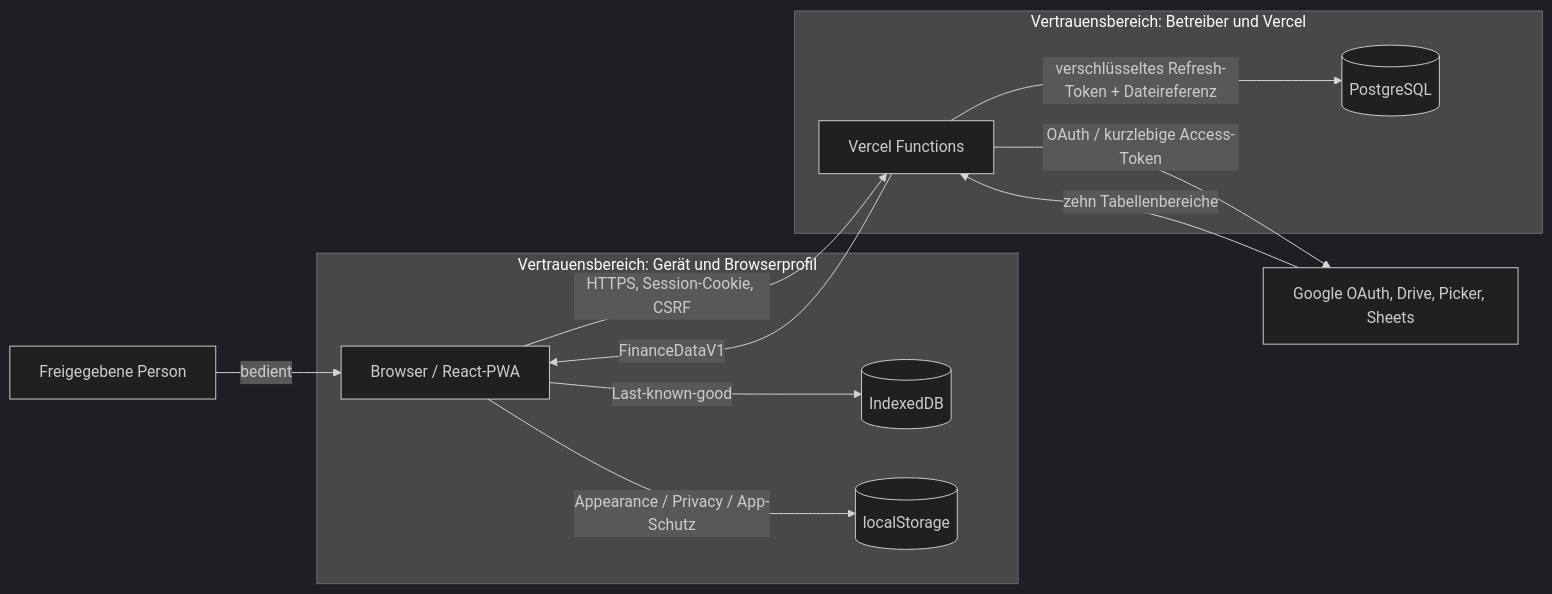
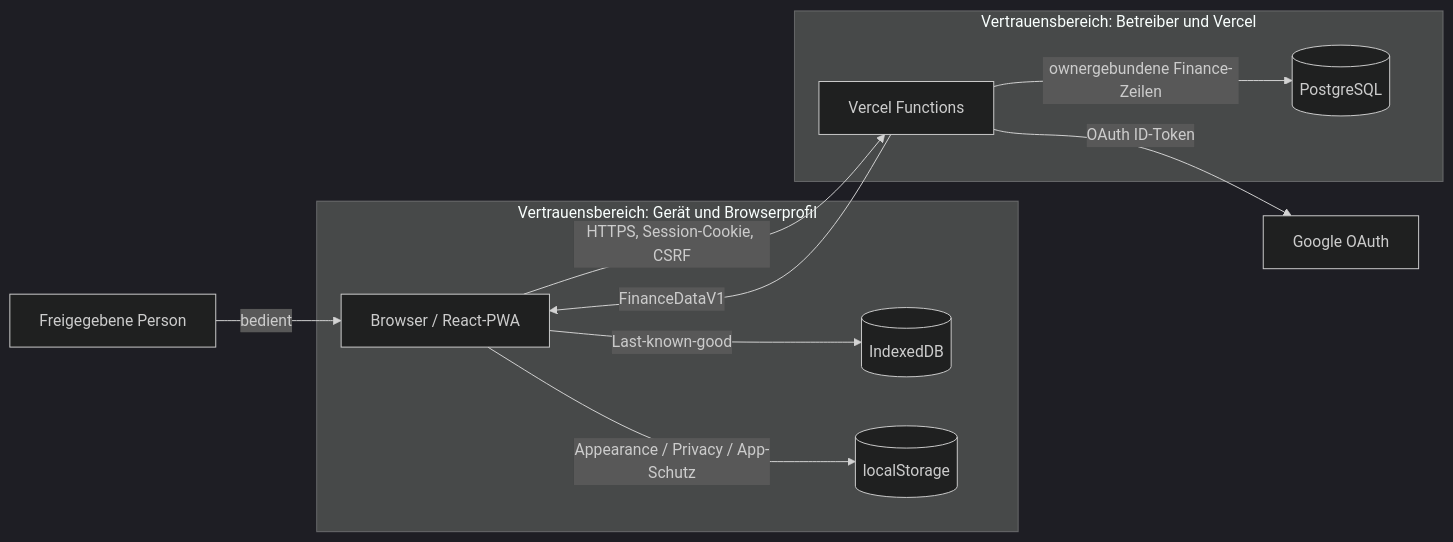
One commit to hernstev97/accura changed the diagram in docs/architektur/ueberblick.md. Above: the diagram before and after it, drawn with Mermaid (dark theme). The commit also changed other lines of this file and 91 other files, not shown here.

Commit message:
Make PostgreSQL the sole finance source ACC-66

````diff
--- a/docs/architektur/ueberblick.md
+++ b/docs/architektur/ueberblick.md
@@ -21,21 +19,20 @@
 ```mermaid
 flowchart LR
   U[Freigegebene Person] -->|bedient| B[Browser / React-PWA]
   B -->|HTTPS, Session-Cookie, CSRF| V[Vercel Functions]
-  V -->|OAuth / kurzlebige Access-Token| G[Google OAuth, Drive, Picker, Sheets]
-  V -->|verschlüsseltes Refresh-Token + Dateireferenz| P[(PostgreSQL)]
-  G -->|zehn Tabellenbereiche| V
+  V -->|OAuth ID-Token| G[Google OAuth]
+  V -->|ownergebundene Finance-Zeilen| P[(PostgreSQL)]
   V -->|FinanceDataV1| B
   B -->|Last-known-good| I[(IndexedDB)]
   B -->|Appearance / Privacy / App-Schutz| L[(localStorage)]
 
   subgraph Geraet[Vertrauensbereich: Gerät und Browserprofil]
     B
     I
     L
   end
   subgraph Server[Vertrauensbereich: Betreiber und Vercel]
     V
     P
   end
 ```
````
